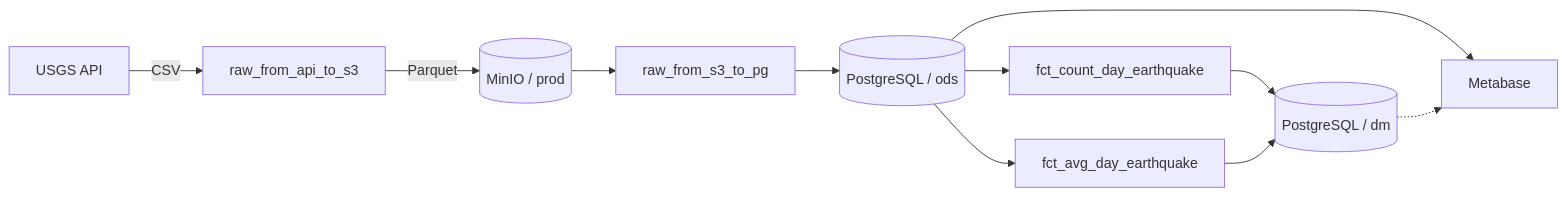
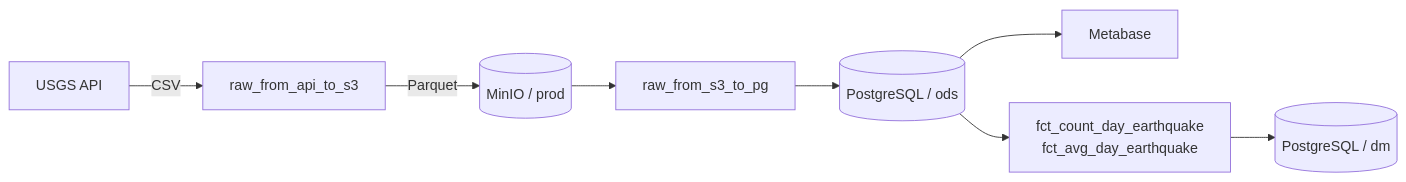
One commit to kostindata/earthquake_data_pipeline changed the diagram in README.md. Above: the diagram before and after it, drawn with Mermaid.

Commit message:
Simplify README architecture diagram

````diff
--- a/README.md
+++ b/README.md
@@ -22,13 +22,10 @@
 ```mermaid
 flowchart LR
-    USGS[USGS API] -->|CSV| RAW_DAG[raw_from_api_to_s3]
-    RAW_DAG -->|Parquet| MINIO[(MinIO / prod)]
+    USGS[USGS API] -->|CSV| RAW[raw_from_api_to_s3]
+    RAW -->|Parquet| MINIO[(MinIO / prod)]
     MINIO --> ODS_DAG[raw_from_s3_to_pg]
     ODS_DAG --> ODS[(PostgreSQL / ods)]
-    ODS --> COUNT_DAG[fct_count_day_earthquake]
-    ODS --> AVG_DAG[fct_avg_day_earthquake]
-    COUNT_DAG --> DM[(PostgreSQL / dm)]
-    AVG_DAG --> DM
-    ODS --> METABASE[Metabase]
-    DM -.-> METABASE
+    ODS --> MB[Metabase]
+    ODS --> FCT["fct_count_day_earthquake<br/>fct_avg_day_earthquake"]
+    FCT --> DM[(PostgreSQL / dm)]
 ```
````
